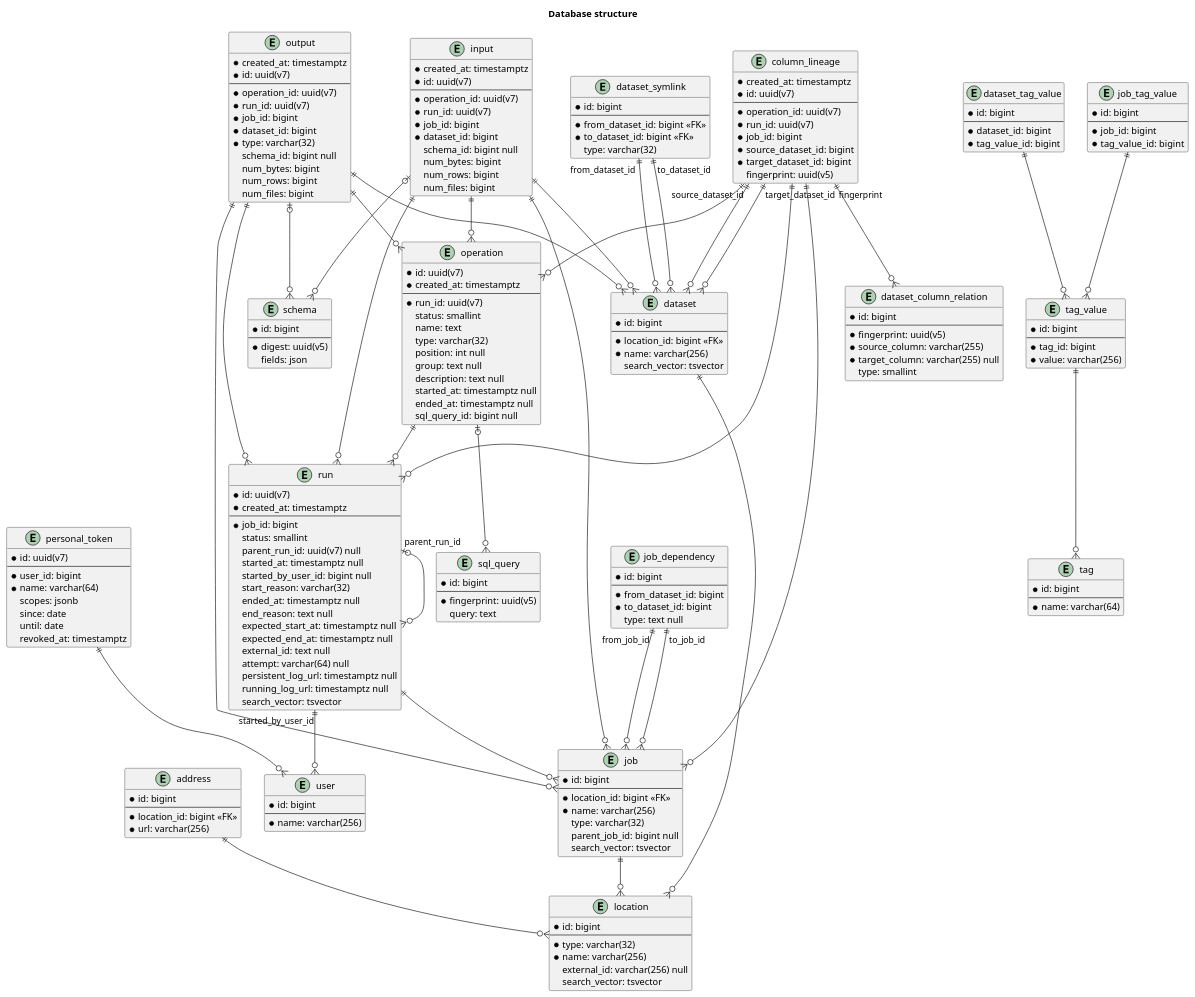
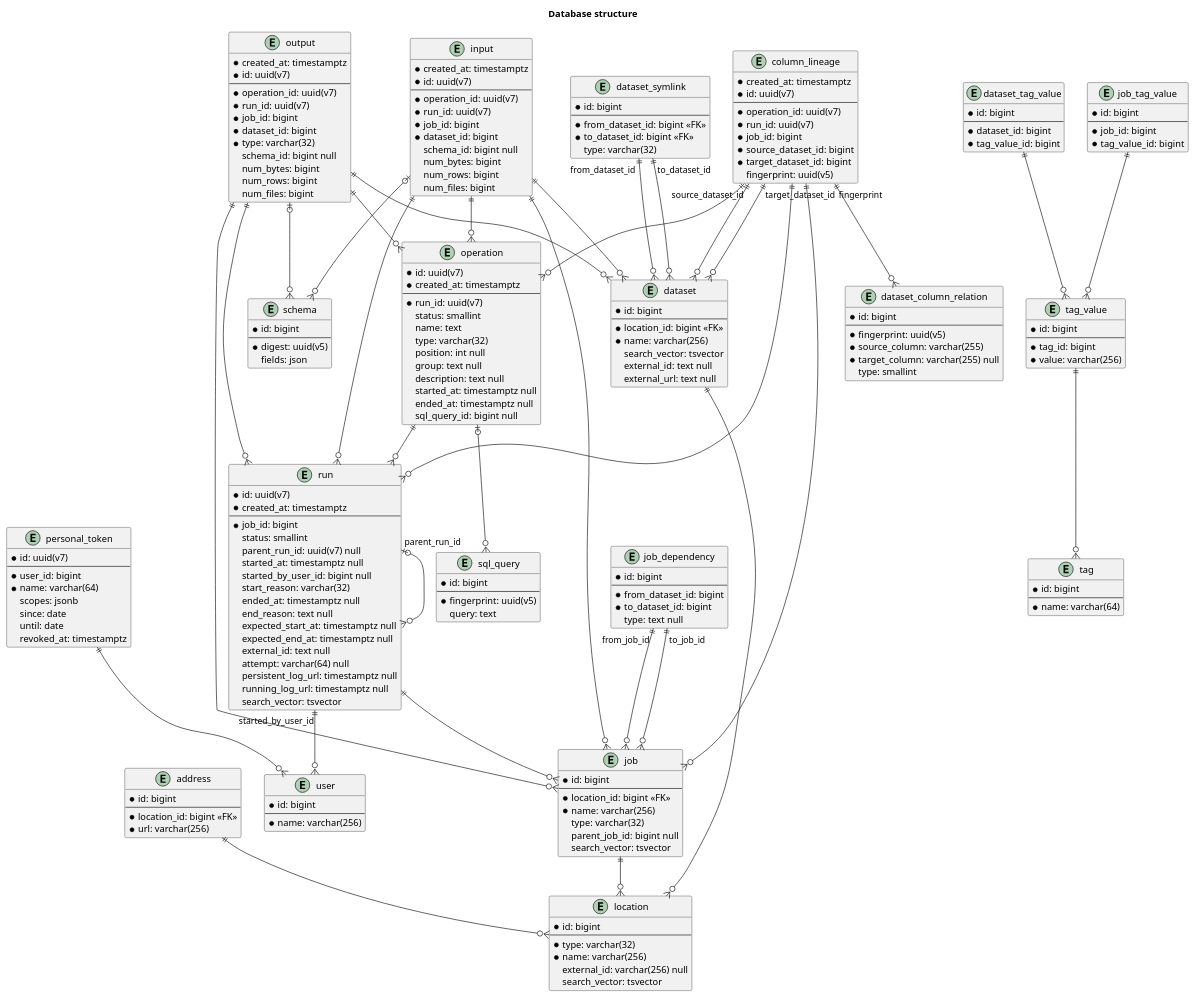
The diagram in docs/reference/database/structure.rst (MTSWebServices/data-rentgen), drawn with PlantUML before and after one commit. The commit also changed 5 other files, not shown here.

```diff
--- a/docs/reference/database/structure.rst
+++ b/docs/reference/database/structure.rst
@@ -38,6 +38,8 @@
         * location_id: bigint <<FK>>
         * name: varchar(256)
         search_vector: tsvector
+        external_id: text null
+        external_url: text null
     }
 
     entity dataset_symlink {
```
